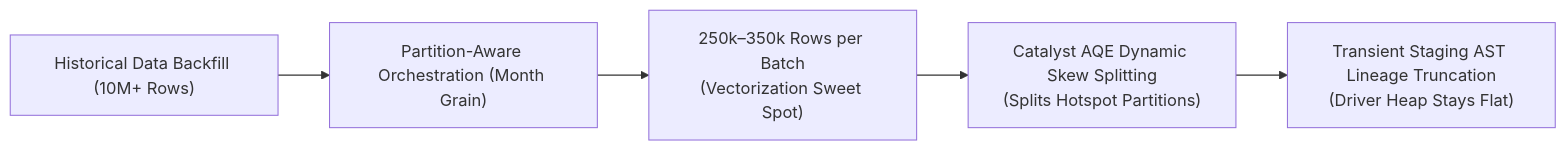
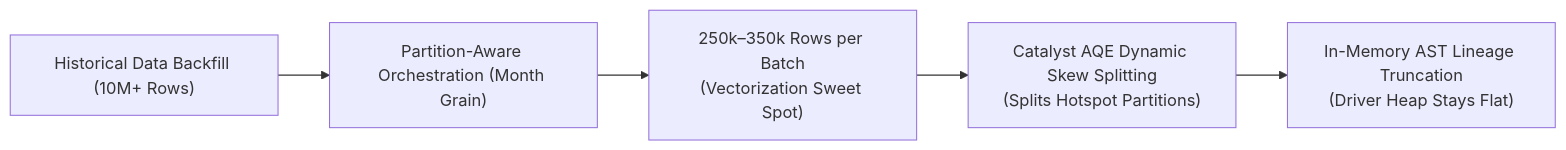
One commit to GabIsr/group13-dat535 changed the diagram in docs/PIPELINE_RUNTIME_AND_CATALYST_OPTIMIZATION_RECOMMENDATIONS.md. Above: the diagram before and after it, drawn with Mermaid. The commit also changed other lines of this file and 5 other files, not shown here.

Commit message:
feat(silver): implement zero-copy C++ Arrow streaming clustering, in-memory AST truncation & native distributed partitioning

````diff
--- a/docs/PIPELINE_RUNTIME_AND_CATALYST_OPTIMIZATION_RECOMMENDATIONS.md
+++ b/docs/PIPELINE_RUNTIME_AND_CATALYST_OPTIMIZATION_RECOMMENDATIONS.md
@@ -349,7 +332,7 @@
 ```mermaid
 flowchart LR
     A["Historical Data Backfill (10M+ Rows)"] --> B["Partition-Aware Orchestration (Month Grain)"]
     B --> C["250k–350k Rows per Batch<br/>(Vectorization Sweet Spot)"]
     C --> D["Catalyst AQE Dynamic Skew Splitting<br/>(Splits Hotspot Partitions)"]
-    D --> E["Transient Staging AST Lineage Truncation<br/>(Driver Heap Stays Flat)"]
+    D --> E["In-Memory AST Lineage Truncation<br/>(Driver Heap Stays Flat)"]
 ```
````
